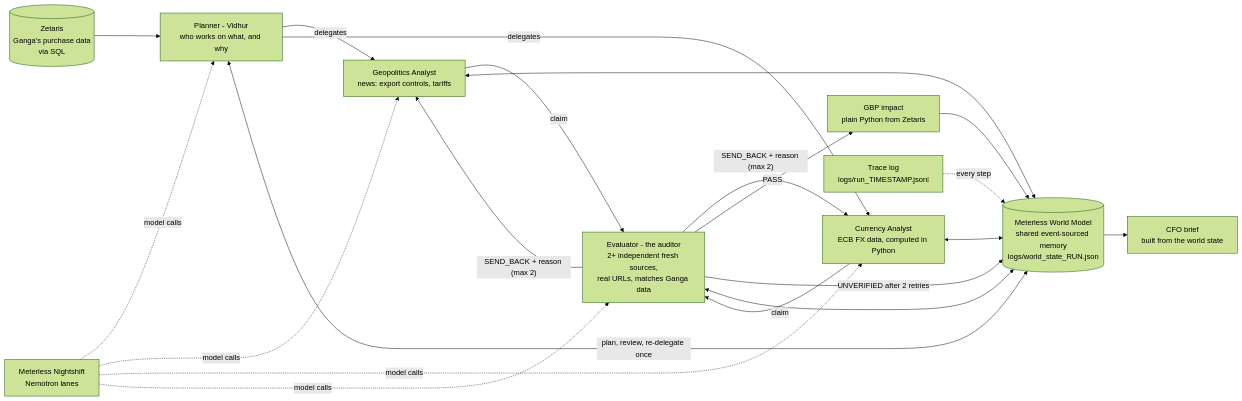
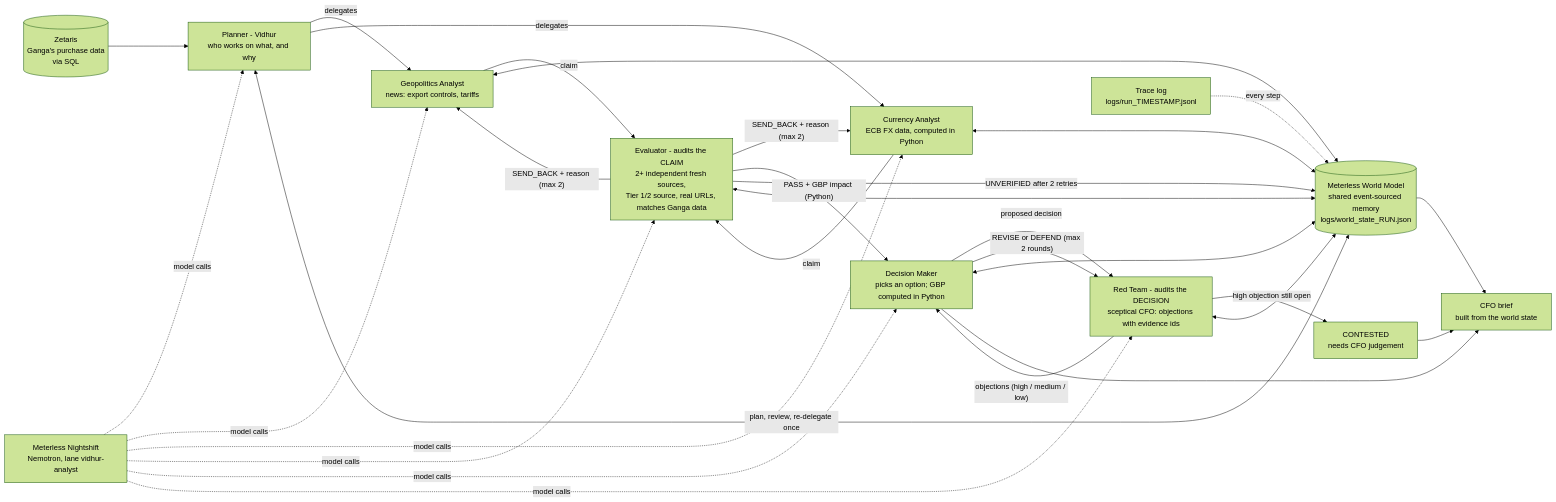
One commit to micneeraj/vidhur changed the diagram in README.md. Above: the diagram before and after it, drawn with Mermaid (forest theme). The commit also changed other lines of this file and 14 other files, not shown here.

First line of the commit message:
Decision Maker, Red Team agent and the challenge loop, --demo-red-team

````diff
--- a/README.md
+++ b/README.md
@@ -15,20 +15,27 @@
 ```mermaid
 flowchart LR
     Z[(Zetaris<br/>Ganga's purchase data<br/>via SQL)] --> P
-    N[Meterless Nightshift<br/>Nemotron lanes] -.model calls.-> P & G & C & E
+    N[Meterless Nightshift<br/>Nemotron, lane vidhur-analyst] -.model calls.-> P & G & C & E & D & R
     P["Planner - Vidhur<br/>who works on what, and why"] -->|delegates| G["Geopolitics Analyst<br/>news: export controls, tariffs"]
     P -->|delegates| C["Currency Analyst<br/>ECB FX data, computed in Python"]
-    G -->|claim| E["Evaluator - the auditor<br/>2+ independent fresh sources,<br/>real URLs, matches Ganga data"]
+    G -->|claim| E["Evaluator - audits the CLAIM<br/>2+ independent fresh sources,<br/>Tier 1/2 source, real URLs, matches Ganga data"]
     C -->|claim| E
     E -->|"SEND_BACK + reason (max 2)"| G & C
-    E -->|PASS| I[GBP impact<br/>plain Python from Zetaris]
+    E -->|"PASS + GBP impact (Python)"| D["Decision Maker<br/>picks an option; GBP computed in Python"]
     E -->|"UNVERIFIED after 2 retries"| W
-    I --> W
+    D -->|proposed decision| R["Red Team - audits the DECISION<br/>sceptical CFO: objections with evidence ids"]
+    R -->|"objections (high / medium / low)"| D
+    D -->|"REVISE or DEFEND (max 2 rounds)"| R
+    R -->|"high objection still open"| X["CONTESTED<br/>needs CFO judgement"]
     W[("Meterless World Model<br/>shared event-sourced memory<br/>logs/world_state_RUN.json")]
     P <-->|plan, review, re-delegate once| W
     G <--> W
     C <--> W
     E <--> W
+    D <--> W
+    R <--> W
+    D --> B
+    X --> B
     W --> B[CFO brief<br/>built from the world state]
     T[Trace log<br/>logs/run_TIMESTAMP.jsonl] -.every step.-> W
 ```
````
